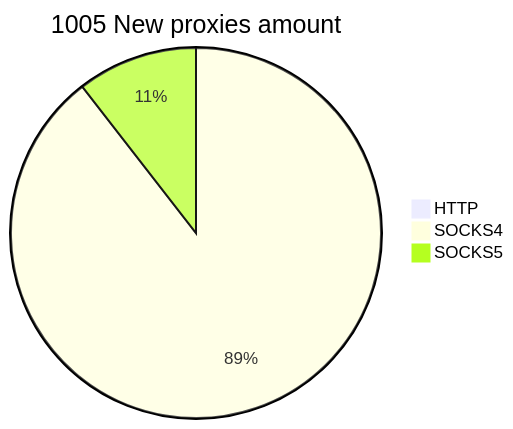
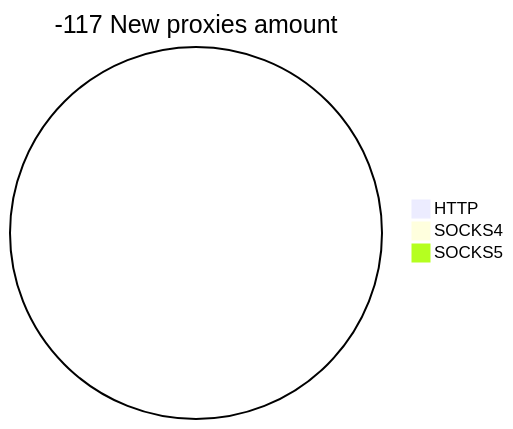
The second of 2 diagrams in README.md (cutipu/proxylist), drawn with Mermaid before and after one commit. The commit also changed other lines of this file, not shown here.

````diff
--- a/README.md
+++ b/README.md
@@ -10,6 +10,6 @@
 ```mermaid
-pie title 1005 New proxies amount
+pie title -117 New proxies amount
     "HTTP" : 0
-    "SOCKS4" : 970
-    "SOCKS5" : 114
+    "SOCKS4" : 0
+    "SOCKS5" : 0
 ```
````
